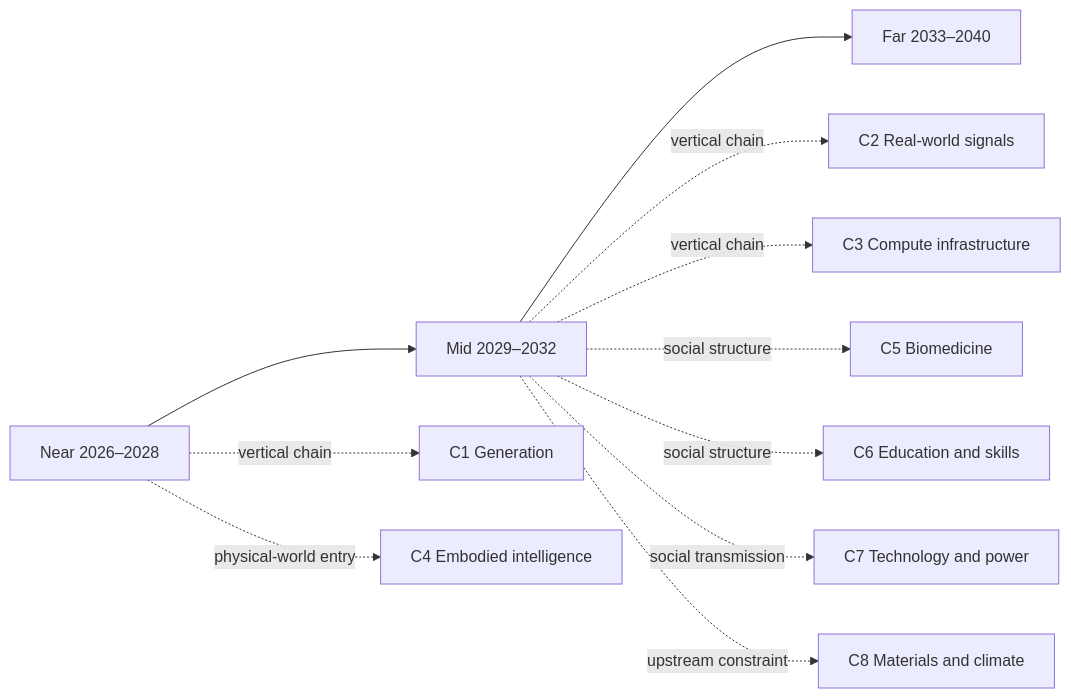
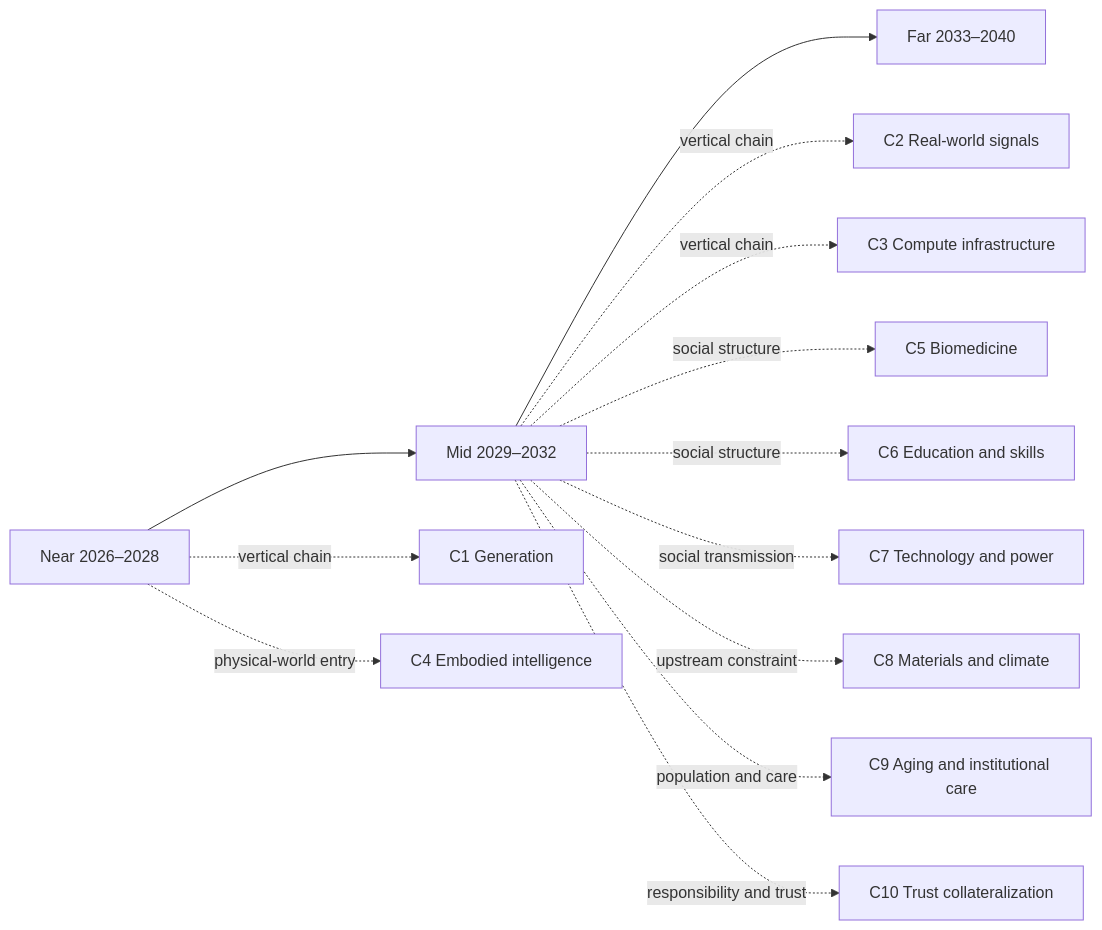
The diagram in docs/en/30-far.md (SenZhangAI/foresight-by-ai), drawn with Mermaid before and after one commit. The commit also changed 1 other file, not shown here.

Commit message:
docs(navigation): add C9 and C10 to far-term maps
Keep the bilingual far-term navigation projection aligned with the README's ten registered reasoning chains without introducing a second source of truth.

````diff
--- a/docs/en/30-far.md
+++ b/docs/en/30-far.md
@@ -21,13 +21,15 @@
 ```mermaid
 flowchart LR
   N[Near 2026–2028] --> M[Mid 2029–2032]
   M --> F[Far 2033–2040]
   N -.vertical chain.-> C1[C1 Generation]
   M -.vertical chain.-> C2[C2 Real-world signals]
   M -.vertical chain.-> C3[C3 Compute infrastructure]
   N -.physical-world entry.-> C4[C4 Embodied intelligence]
   M -.social structure.-> C5[C5 Biomedicine]
   M -.social structure.-> C6[C6 Education and skills]
   M -.social transmission.-> C7[C7 Technology and power]
   M -.upstream constraint.-> C8[C8 Materials and climate]
+  M -.population and care.-> C9[C9 Aging and institutional care]
+  M -.responsibility and trust.-> C10[C10 Trust collateralization]
 ```
````
